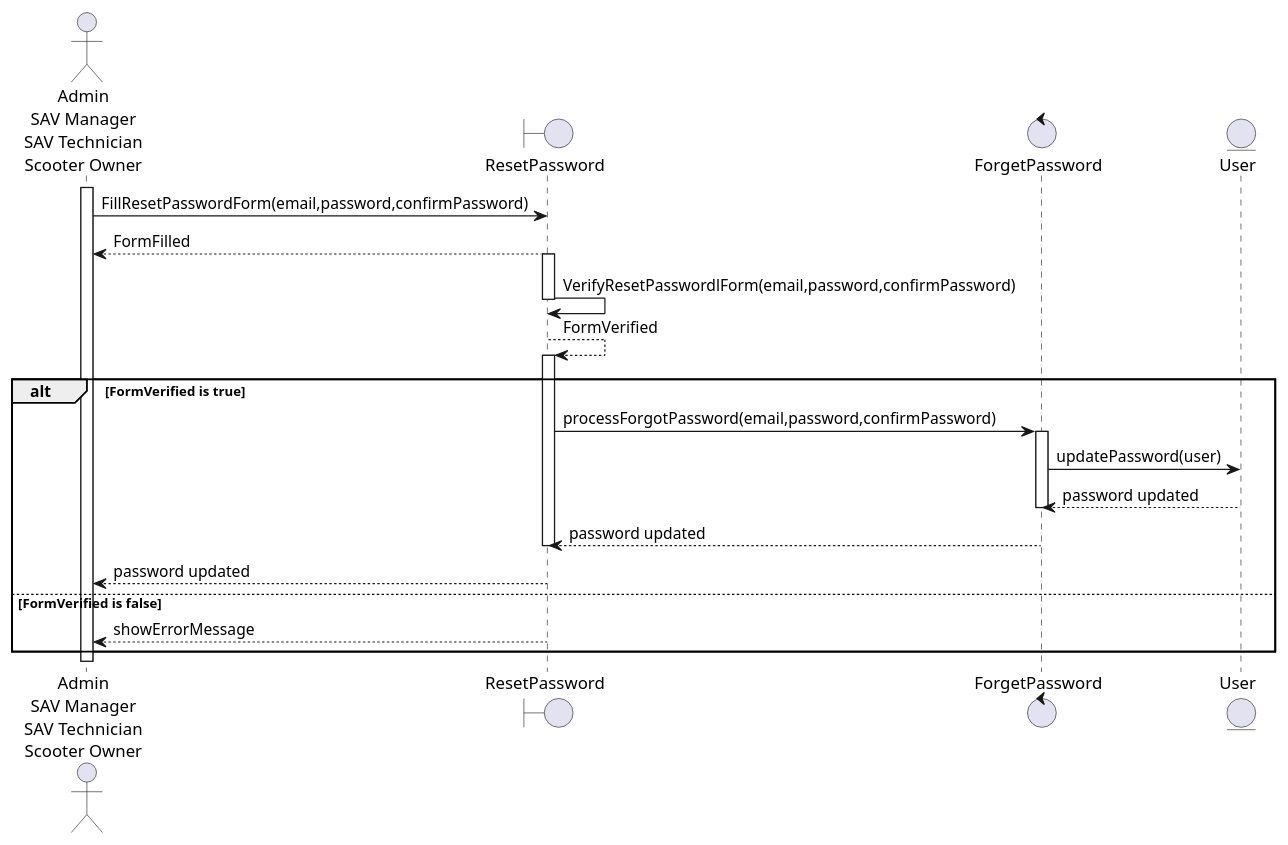
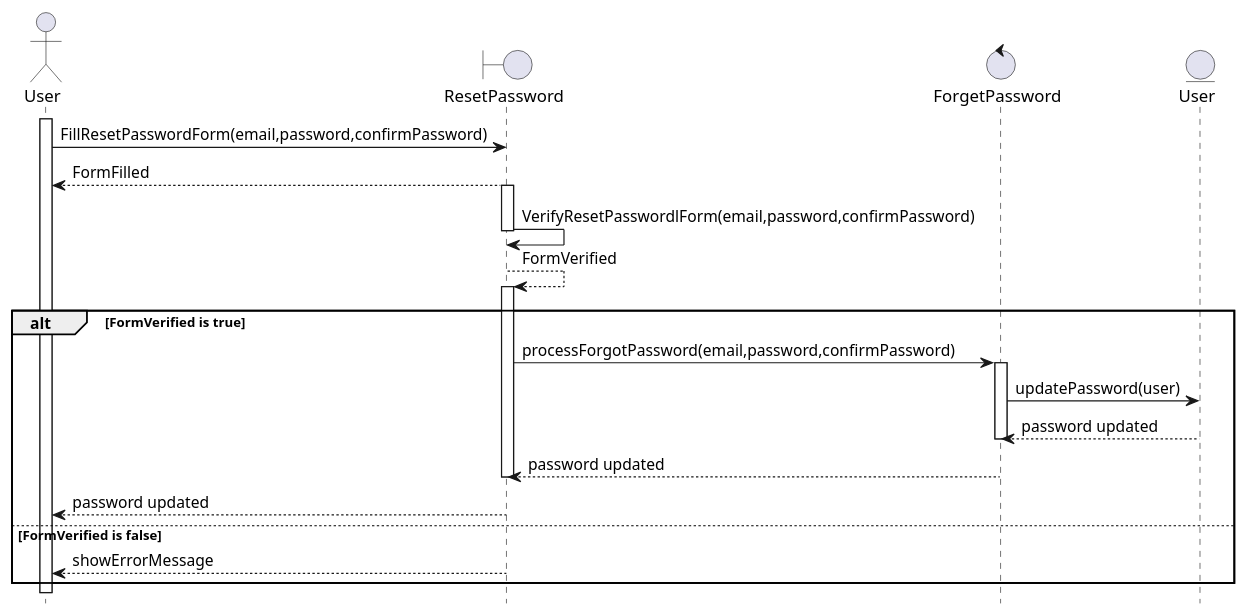
The diagram in rapport/sequence/auth&register/resetPassword.wsd (smurfsDev/pixii-project), drawn with PlantUML before and after one commit. The commit also changed 11 other files, not shown here.

Commit message:
hide footbox

```diff
--- a/rapport/sequence/auth&register/resetPassword.wsd
+++ b/rapport/sequence/auth&register/resetPassword.wsd
@@ -1,32 +1,32 @@
 @startuml reset_password_sequence_diagram
-
-actor "Admin\nSAV Manager\nSAV Technician\nScooter Owner" as u
+hide footbox
+actor "User" as u
 boundary ResetPassword as v
 control ForgetPassword as c
 entity User as m
 activate u
 u -> v : FillResetPasswordForm(email,password,confirmPassword)
 deactivate v
 v --> u : FormFilled
 activate v
 v -> v :VerifyResetPasswordlForm(email,password,confirmPassword)
 deactivate v
 v --> v : FormVerified
 
 alt FormVerified is true
 activate v
 v -> c : processForgotPassword(email,password,confirmPassword)
 activate c
 c -> m : updatePassword(user)
 deactivate m
 m --> c: password updated
 deactivate c
 c --> v: password updated
 deactivate v
 v --> u: password updated
 
 else FormVerified is false
 v --> u : showErrorMessage
 deactivate c
 end
 @enduml
```
